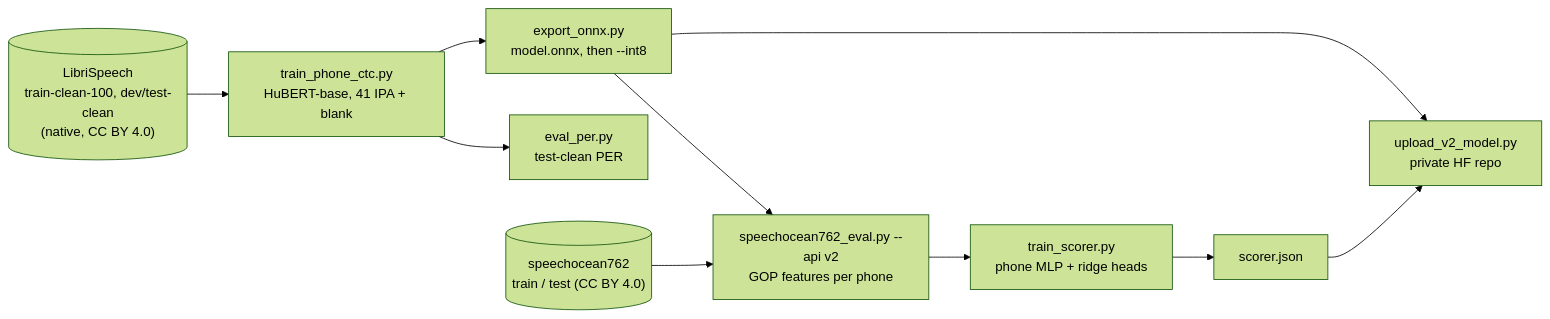
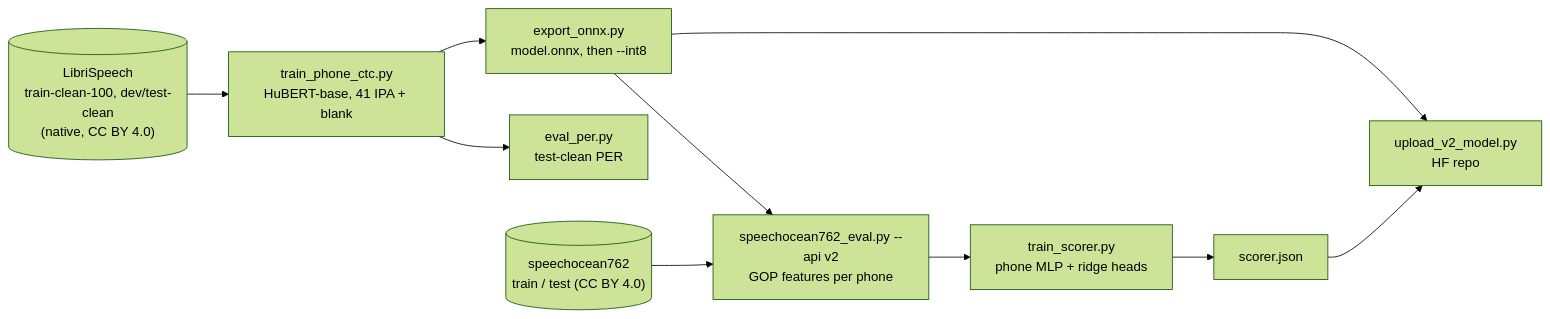
The diagram in docs/training.md (dris1153/pronunciation-service), drawn with Mermaid (forest theme) before and after one commit. The commit also changed other lines of this file and 12 other files, not shown here.

First line of the commit message:
docs: v2 model repo is public, HF token is optional

````diff
--- a/docs/training.md
+++ b/docs/training.md
@@ -6,12 +6,12 @@
 ```mermaid
 flowchart LR
     ls[("LibriSpeech<br/>train-clean-100, dev/test-clean<br/>(native, CC BY 4.0)")] --> ph["train_phone_ctc.py<br/>HuBERT-base, 41 IPA + blank"]
     ph --> per["eval_per.py<br/>test-clean PER"]
     ph --> ex["export_onnx.py<br/>model.onnx, then --int8"]
     so[("speechocean762<br/>train / test (CC BY 4.0)")] --> feat["speechocean762_eval.py --api v2<br/>GOP features per phone"]
     ex --> feat
     feat --> sc["train_scorer.py<br/>phone MLP + ridge heads"]
     sc --> js["scorer.json"]
-    ex --> up["upload_v2_model.py<br/>private HF repo"]
+    ex --> up["upload_v2_model.py<br/>HF repo"]
     js --> up
 ```
````
